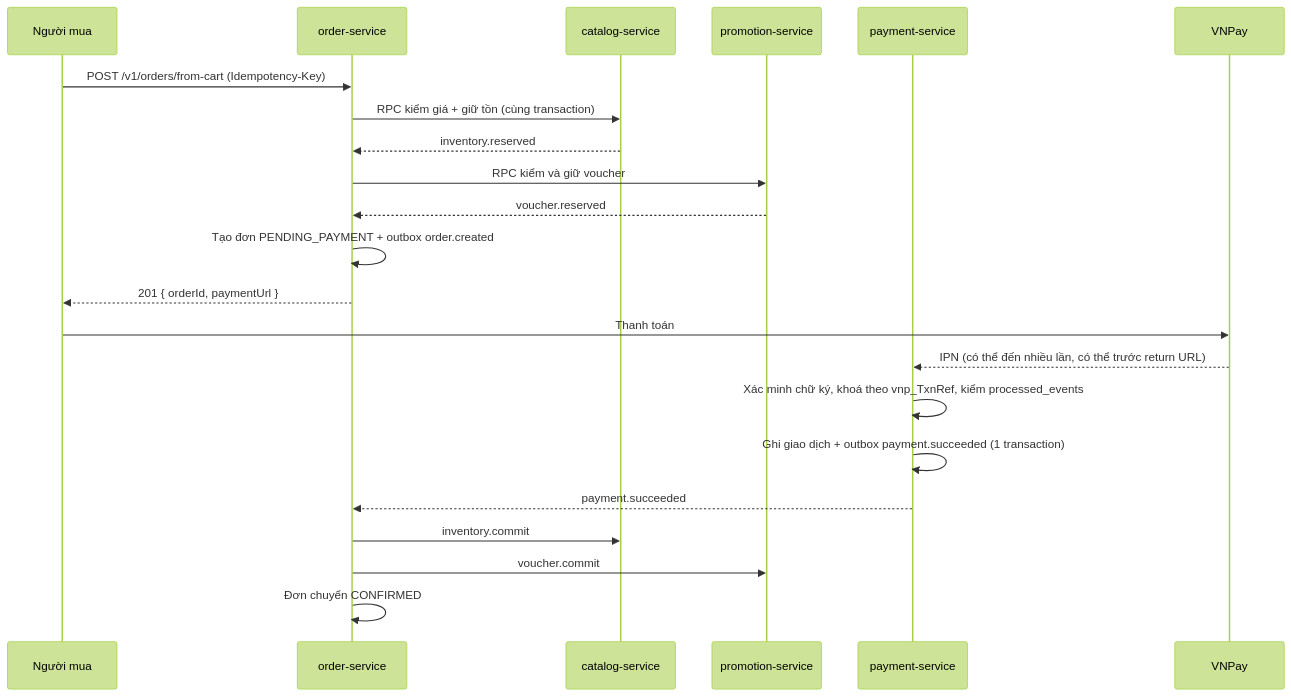
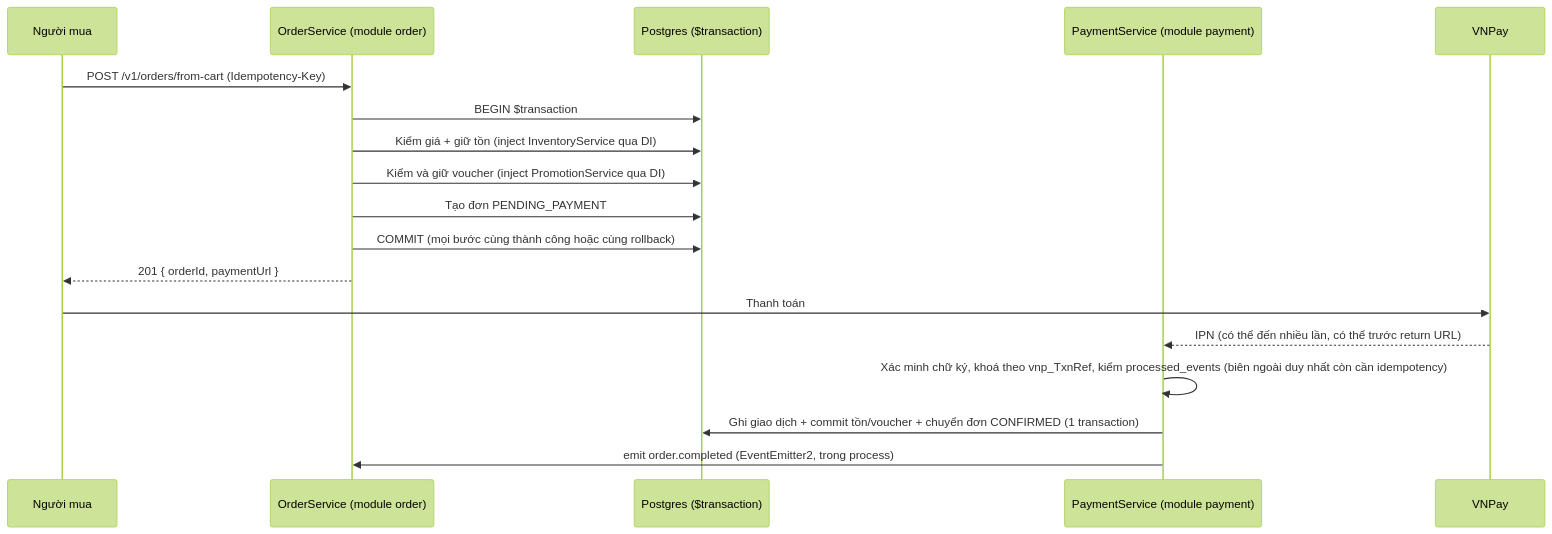
The third of 13 diagrams in docs/00-overview/project-plan.md (timmy277/timmyhub), drawn with Mermaid (forest theme) before and after one commit. The commit also changed other lines of this file and 34 other files, not shown here.

````diff
--- a/docs/00-overview/project-plan.md
+++ b/docs/00-overview/project-plan.md
@@ -487,25 +534,21 @@
 ```mermaid
 sequenceDiagram
     participant U as Người mua
-    participant O as order-service
-    participant C as catalog-service
-    participant P as promotion-service
-    participant Y as payment-service
+    participant O as OrderService (module order)
+    participant DB as Postgres ($transaction)
+    participant Y as PaymentService (module payment)
     participant V as VNPay
 
     U->>O: POST /v1/orders/from-cart (Idempotency-Key)
-    O->>C: RPC kiểm giá + giữ tồn (cùng transaction)
-    C-->>O: inventory.reserved
-    O->>P: RPC kiểm và giữ voucher
-    P-->>O: voucher.reserved
-    O->>O: Tạo đơn PENDING_PAYMENT + outbox order.created
+    O->>DB: BEGIN $transaction
+    O->>DB: Kiểm giá + giữ tồn (inject InventoryService qua DI)
+    O->>DB: Kiểm và giữ voucher (inject PromotionService qua DI)
+    O->>DB: Tạo đơn PENDING_PAYMENT
+    O->>DB: COMMIT (mọi bước cùng thành công hoặc cùng rollback)
     O-->>U: 201 { orderId, paymentUrl }
     U->>V: Thanh toán
     V-->>Y: IPN (có thể đến nhiều lần, có thể trước return URL)
-    Y->>Y: Xác minh chữ ký, khoá theo vnp_TxnRef, kiểm processed_events
-    Y->>Y: Ghi giao dịch + outbox payment.succeeded (1 transaction)
-    Y-->>O: payment.succeeded
-    O->>C: inventory.commit
-    O->>P: voucher.commit
-    O->>O: Đơn chuyển CONFIRMED
+    Y->>Y: Xác minh chữ ký, khoá theo vnp_TxnRef, kiểm processed_events (biên ngoài duy nhất còn cần idempotency)
+    Y->>DB: Ghi giao dịch + commit tồn/voucher + chuyển đơn CONFIRMED (1 transaction)
+    Y->>O: emit order.completed (EventEmitter2, trong process)
 ```
````
